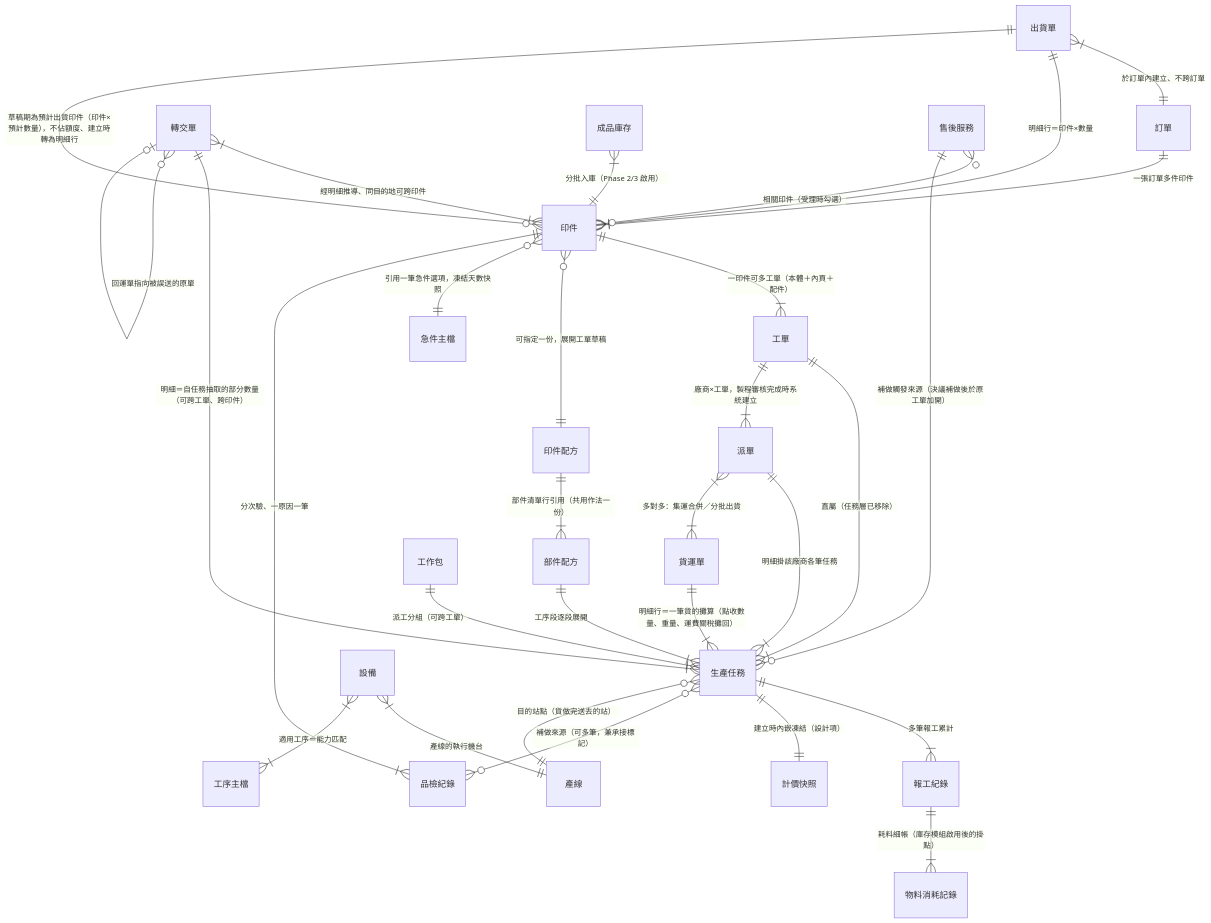
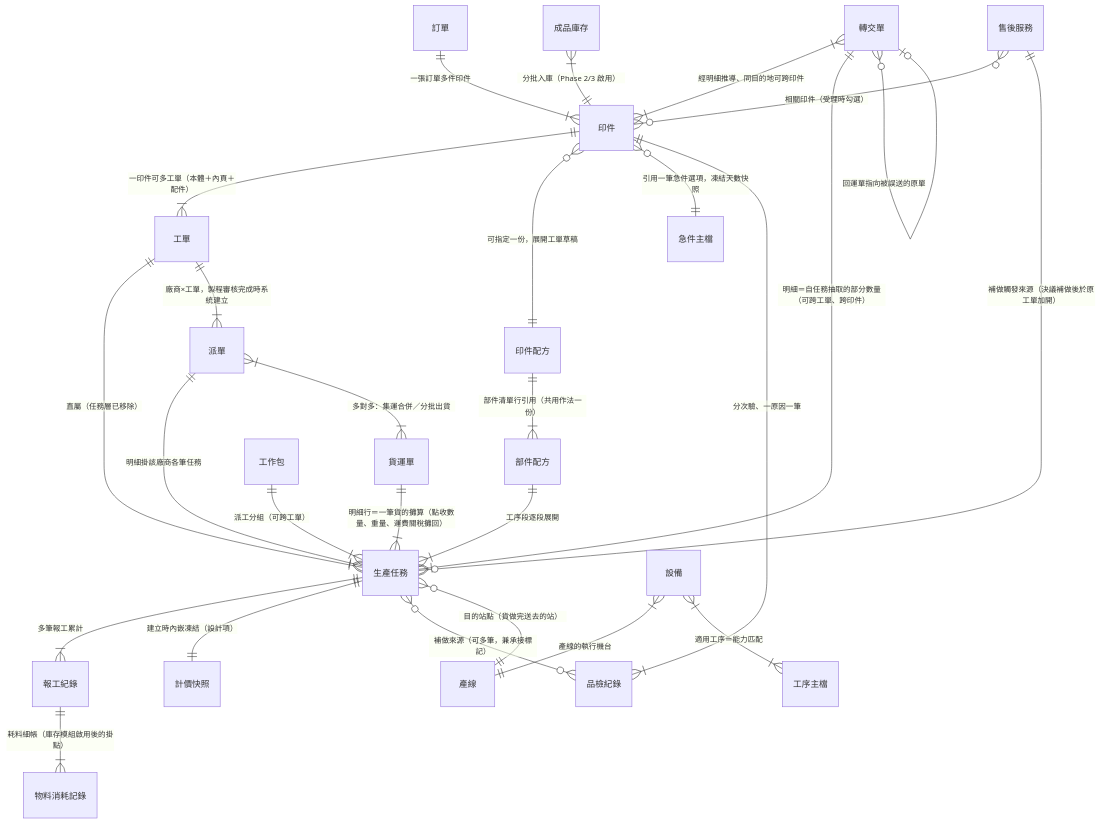
Before and after one commit to Kawato-Miles/erp-spec: the first of 4 diagrams in memory/Sens_wiki/wiki/erp/05-entities/生產領域資料結構總覽.md, drawn with Mermaid. The commit also changed other lines of this file and 12 other files, not shown here.

````diff
--- a/memory/Sens_wiki/wiki/erp/05-entities/生產領域資料結構總覽.md
+++ b/memory/Sens_wiki/wiki/erp/05-entities/生產領域資料結構總覽.md
@@ -21,32 +21,29 @@
 ```mermaid
 erDiagram
     "訂單" ||--|{ "印件" : "一張訂單多件印件"
     "印件" ||--|{ "工單" : "一印件可多工單（本體＋內頁＋配件）"
     "印件" }o--|| "印件配方" : "可指定一份，展開工單草稿"
     "印件" }o--|| "急件主檔" : "引用一筆急件選項，凍結天數快照"
     "印件配方" ||--|{ "部件配方" : "部件清單行引用（共用作法一份）"
     "部件配方" ||--|{ "生產任務" : "工序段逐段展開"
     "工單" ||--|{ "生產任務" : "直屬（任務層已移除）"
     "生產任務" ||--|{ "報工紀錄" : "多筆報工累計"
     "報工紀錄" ||--|{ "物料消耗記錄" : "耗料細帳（庫存模組啟用後的掛點）"
     "生產任務" ||--|| "計價快照" : "建立時內嵌凍結（設計項）"
     "工單" ||--|{ "派單" : "廠商×工單，製程審核完成時系統建立"
     "派單" ||--|{ "生產任務" : "明細掛該廠商各筆任務"
     "派單" }|--|{ "貨運單" : "多對多：集運合併／分批出貨"
     "貨運單" ||--|{ "生產任務" : "明細行＝一筆貨的攤算（點收數量、重量、運費關稅攤回）"
     "轉交單" }|--|{ "印件" : "經明細推導、同目的地可跨印件"
     "轉交單" ||--|{ "生產任務" : "明細＝自任務抽取的部分數量（可跨工單、跨印件）"
     "轉交單" }o--o| "轉交單" : "回運單指向被誤送的原單"
     "品檢紀錄" }|--|| "印件" : "分次驗、一原因一筆"
     "生產任務" }o--o{ "品檢紀錄" : "補做來源（可多筆，兼承接標記）"
     "工作包" ||--|{ "生產任務" : "派工分組（可跨工單）"
     "設備" }|--|| "產線" : "產線的執行機台"
     "生產任務" }o--|| "產線" : "目的站點（貨做完送去的站）"
     "設備" }|--|{ "工序主檔" : "適用工序＝能力匹配"
-    "出貨單" }|--|| "訂單" : "於訂單內建立、不跨訂單"
-    "出貨單" ||--|{ "印件" : "明細行＝印件×數量"
-    "出貨單" ||--o{ "印件" : "草稿期為預計出貨印件（印件×預計數量），不佔額度、建立時轉為明細行"
     "成品庫存" }|--|| "印件" : "分批入庫（Phase 2/3 啟用）"
     "售後服務" }o--o{ "印件" : "相關印件（受理時勾選）"
     "售後服務" ||--o{ "生產任務" : "補做觸發來源（決議補做後於原工單加開）"
 ```
````
